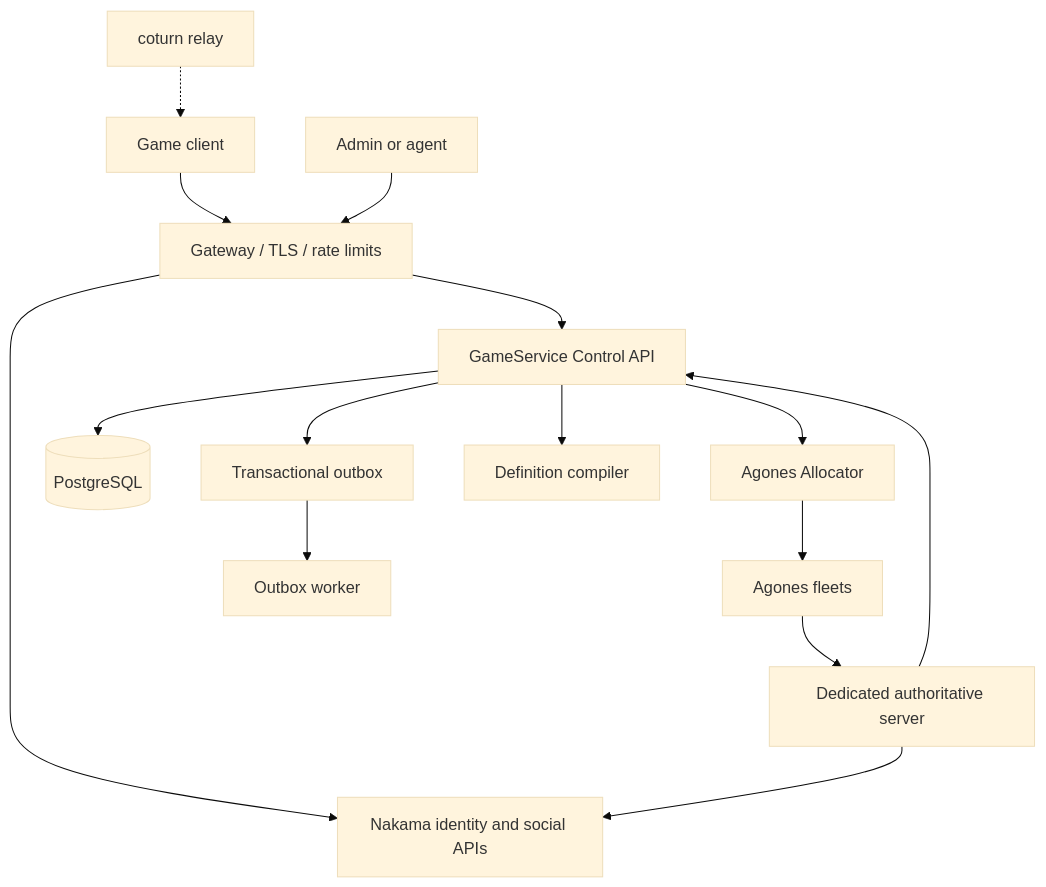
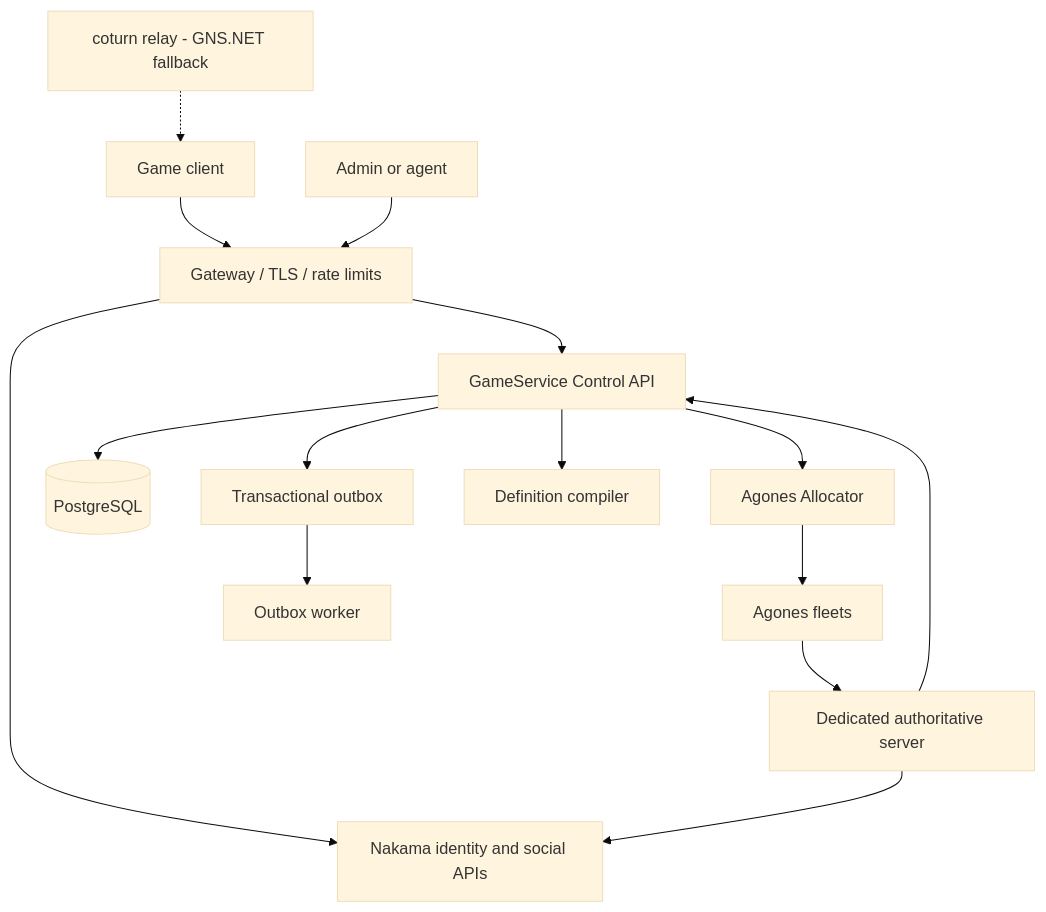
The diagram in README.md (Dankular/GS), drawn with Mermaid (base theme) before and after one commit. The commit also changed other lines of this file, not shown here.

Commit message:
Fix README topology diagram

````diff
--- a/README.md
+++ b/README.md
@@ -76,17 +81,17 @@
 ```mermaid
 flowchart TB
     Client[Game client] --> Edge[Gateway / TLS / rate limits]
     Admin[Admin or agent] --> Edge
     Edge --> Nakama[Nakama identity and social APIs]
     Edge --> API[GameService Control API]
     API --> DB[(PostgreSQL)]
     API --> Outbox[Transactional outbox]
     Outbox --> Worker[Outbox worker]
     API --> Compiler[Definition compiler]
     API --> Allocator[Agones Allocator]
     Allocator --> Fleet[Agones fleets]
     Fleet --> Server[Dedicated authoritative server]
     Server --> Nakama
     Server --> API
-    Relay["coturn relay"] -.-> Client
+    Relay["coturn relay - GNS.NET fallback"] -.-> Client
 ```
````
